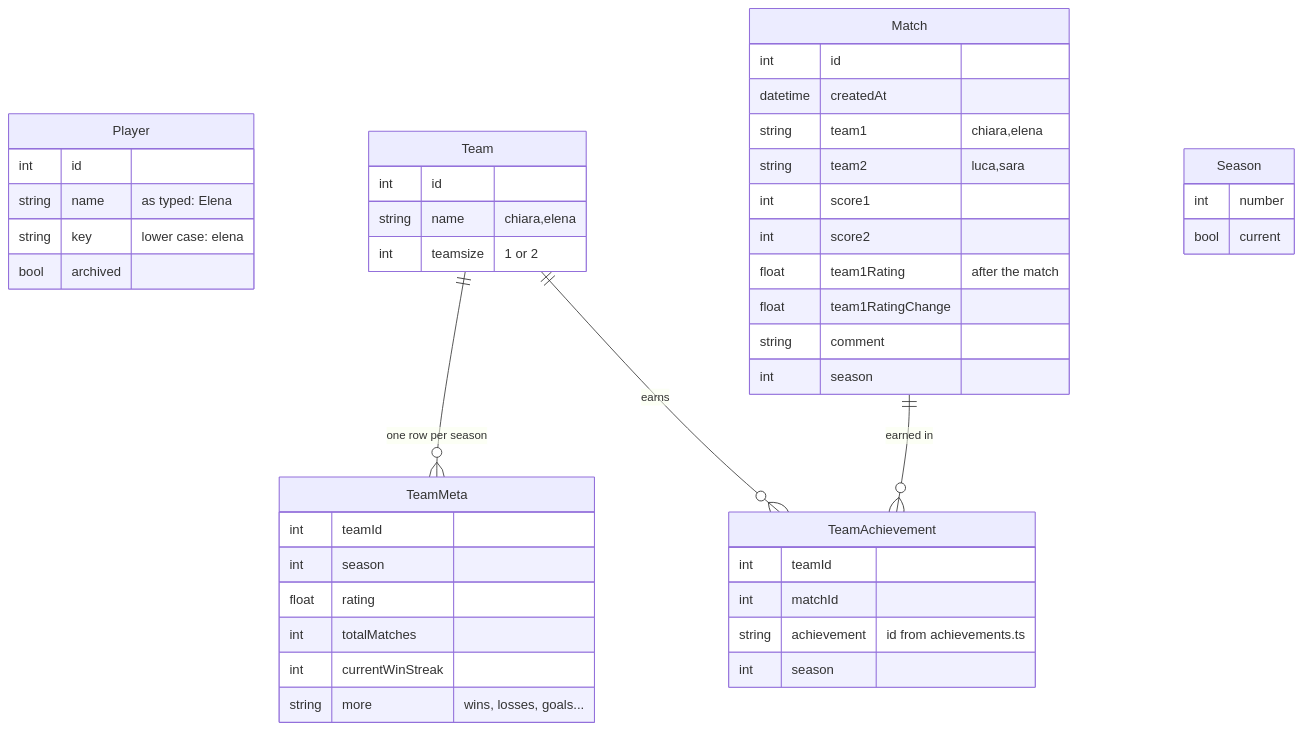
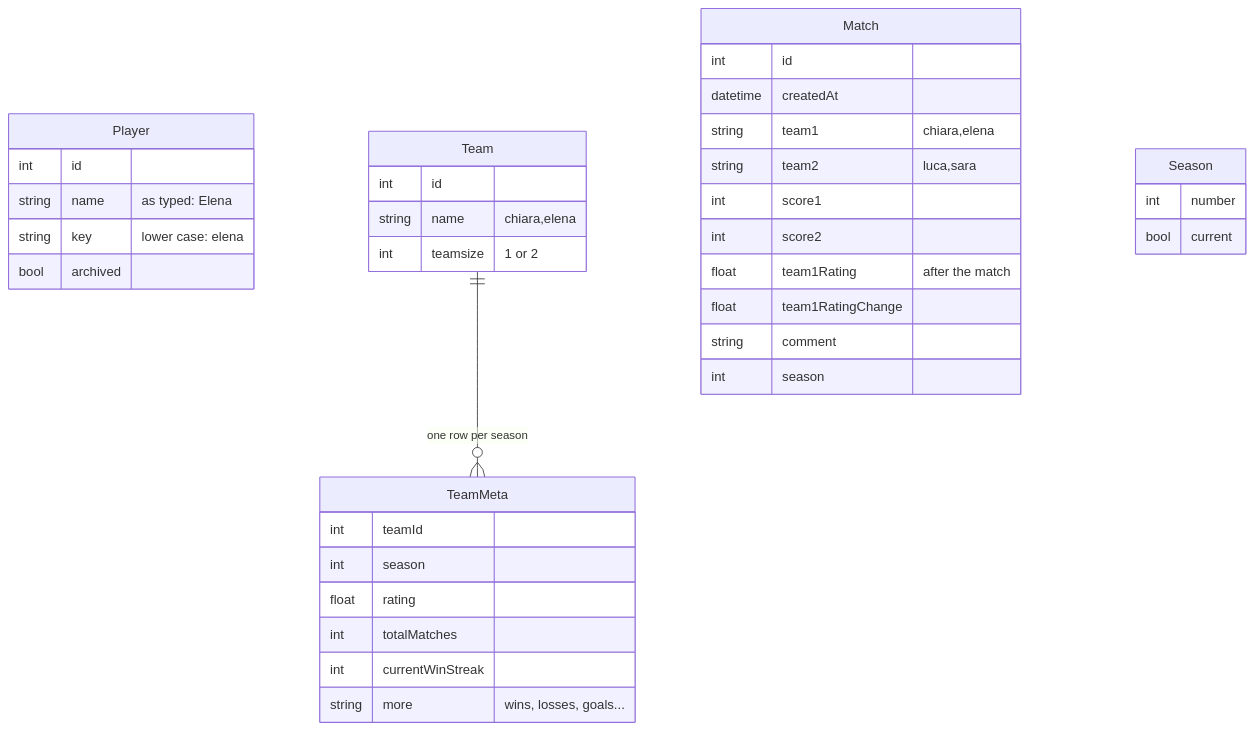
The third of 3 diagrams in docs/ARCHITECTURE.md (vastmarks/biliardino), drawn with Mermaid before and after one commit. The commit also changed other lines of this file and 34 other files, not shown here.

First line of the commit message:
Personal and team achievements, i's as players in the logo (0.15.0)

````diff
--- a/docs/ARCHITECTURE.md
+++ b/docs/ARCHITECTURE.md
@@ -219,47 +219,39 @@
 ```mermaid
 erDiagram
     Player {
         int id
         string name "as typed: Elena"
         string key "lower case: elena"
         bool archived
     }
     Team {
         int id
         string name "chiara,elena"
         int teamsize "1 or 2"
     }
     Match {
         int id
         datetime createdAt
         string team1 "chiara,elena"
         string team2 "luca,sara"
         int score1
         int score2
         float team1Rating "after the match"
         float team1RatingChange
         string comment
         int season
     }
     TeamMeta {
         int teamId
         int season
         float rating
         int totalMatches
         int currentWinStreak
         string more "wins, losses, goals..."
     }
-    TeamAchievement {
-        int teamId
-        int matchId
-        string achievement "id from achievements.ts"
-        int season
-    }
     Season {
         int number
         bool current
     }
     Team ||--o{ TeamMeta : "one row per season"
-    Team ||--o{ TeamAchievement : earns
-    Match ||--o{ TeamAchievement : "earned in"
 ```
````
